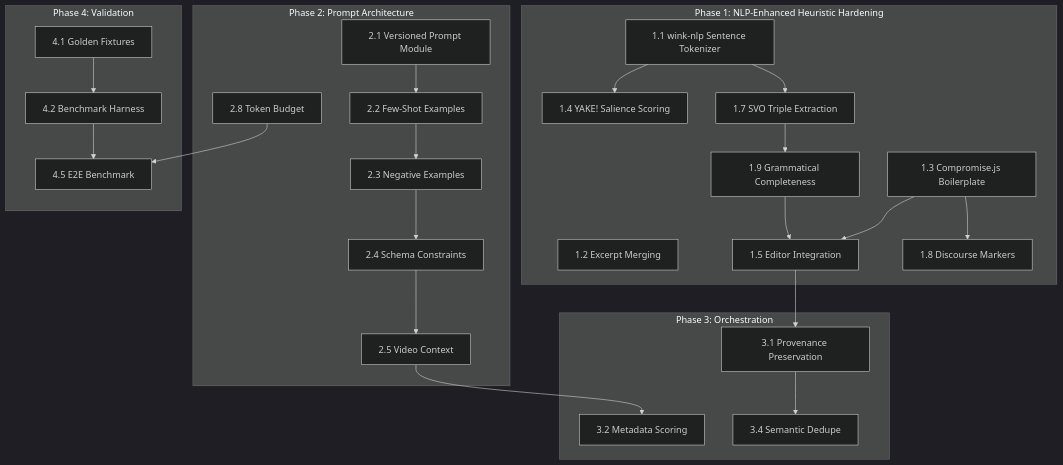
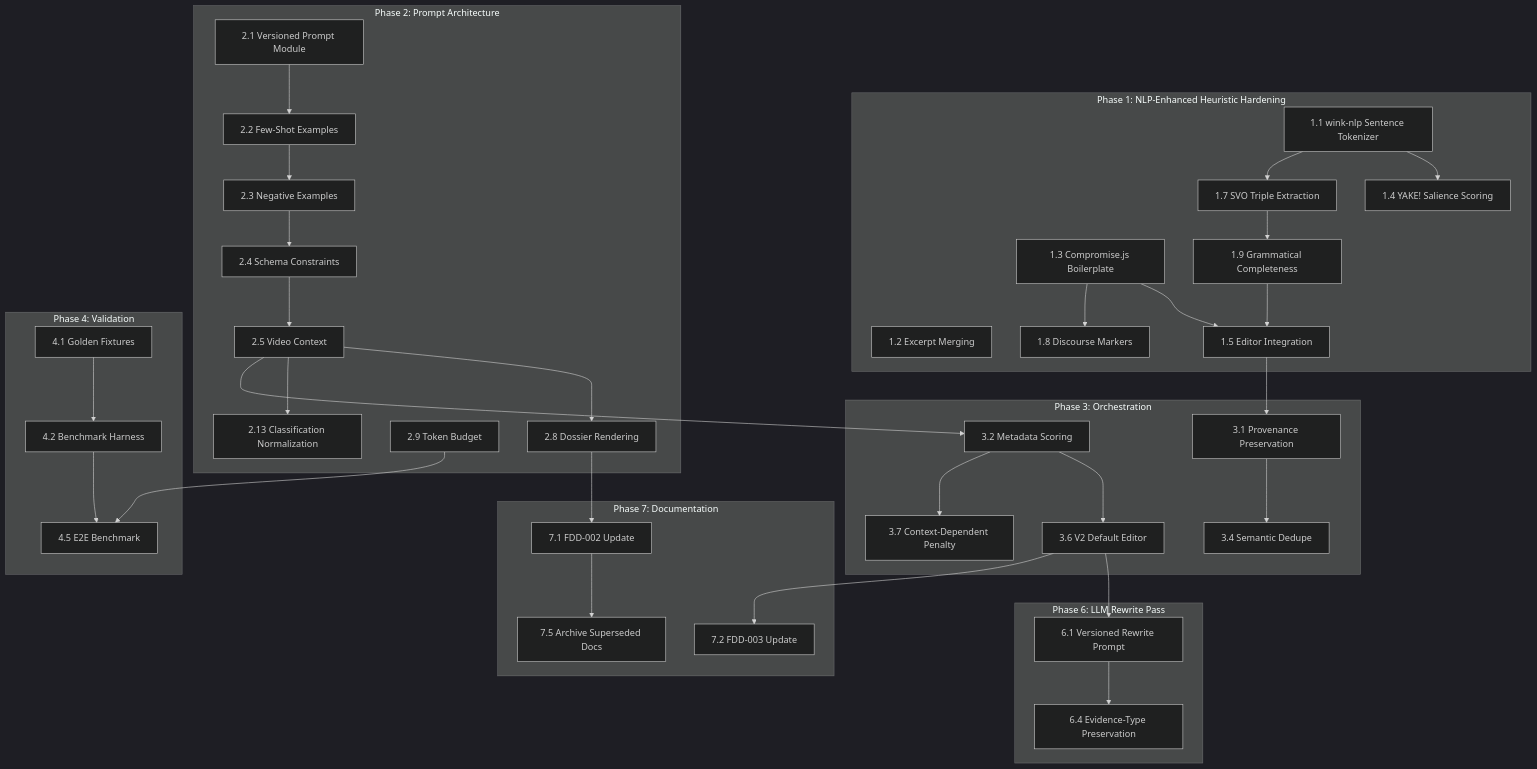
Before and after one commit to GitCmurf/AIDHA: the diagram in docs/05-planning/tasks/task-003-extraction-quality-atomic-breakdown.md, drawn with Mermaid (dark theme). The commit also changed other lines of this file and 9 other files, not shown here.

````diff
--- a/docs/05-planning/tasks/task-003-extraction-quality-atomic-breakdown.md
+++ b/docs/05-planning/tasks/task-003-extraction-quality-atomic-breakdown.md
@@ -397,47 +606,71 @@
 ```mermaid
 flowchart TD
     subgraph Phase1 [Phase 1: NLP-Enhanced Heuristic Hardening]
         P1T1[1.1 wink-nlp Sentence Tokenizer]
         P1T2[1.2 Excerpt Merging]
         P1T3[1.3 Compromise.js Boilerplate]
         P1T4[1.4 YAKE! Salience Scoring]
         P1T5[1.5 Editor Integration]
         P1T7[1.7 SVO Triple Extraction]
         P1T8[1.8 Discourse Markers]
         P1T9[1.9 Grammatical Completeness]
     end
 
     subgraph Phase2 [Phase 2: Prompt Architecture]
         P2T1[2.1 Versioned Prompt Module]
         P2T2[2.2 Few-Shot Examples]
         P2T3[2.3 Negative Examples]
         P2T4[2.4 Schema Constraints]
         P2T5[2.5 Video Context]
-        P2T6[2.8 Token Budget]
+        P2T8[2.8 Dossier Rendering]
+        P2T9[2.9 Token Budget]
+        P2T13[2.13 Classification Normalization]
     end
 
     subgraph Phase4 [Phase 4: Validation]
         P4T1[4.1 Golden Fixtures]
         P4T2[4.2 Benchmark Harness]
         P4T3[4.5 E2E Benchmark]
     end
 
     subgraph Phase3 [Phase 3: Orchestration]
         P3T1[3.1 Provenance Preservation]
         P3T2[3.2 Metadata Scoring]
         P3T4[3.4 Semantic Dedupe]
+        P3T6[3.6 V2 Default Editor]
+        P3T7[3.7 Context-Dependent Penalty]
+    end
+
+    subgraph Phase6 [Phase 6: LLM Rewrite Pass]
+        P6T1[6.1 Versioned Rewrite Prompt]
+        P6T4[6.4 Evidence-Type Preservation]
+    end
+
+    subgraph Phase7 [Phase 7: Documentation]
+        P7T1[7.1 FDD-002 Update]
+        P7T2[7.2 FDD-003 Update]
+        P7T5[7.5 Archive Superseded Docs]
     end
 
     P1T3 --> P1T5
     P1T1 --> P1T4
     P1T1 --> P1T7
     P1T7 --> P1T9
     P1T3 --> P1T8
     P1T9 --> P1T5
     P2T1 --> P2T2 --> P2T3 --> P2T4 --> P2T5
+    P2T5 --> P2T8
+    P2T5 --> P2T13
     P4T1 --> P4T2 --> P4T3
-    P2T6 --> P4T3
+    P2T9 --> P4T3
     P1T5 --> P3T1
     P2T5 --> P3T2
     P3T1 --> P3T4
+    P3T2 --> P3T6
+    P3T2 --> P3T7
+    P3T6 --> P6T1
+    P6T1 --> P6T4
+    P3T6 --> P7T2
+    P2T8 --> P7T1
+    P7T1 --> P7T5
 ```
````
